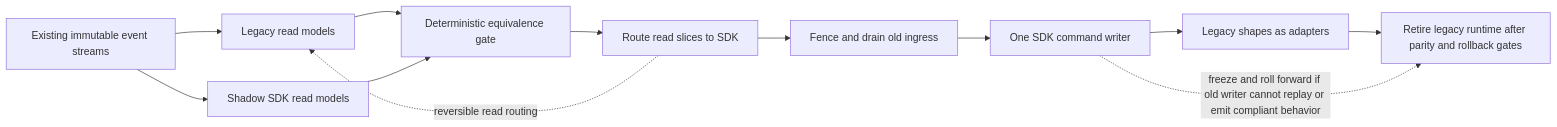
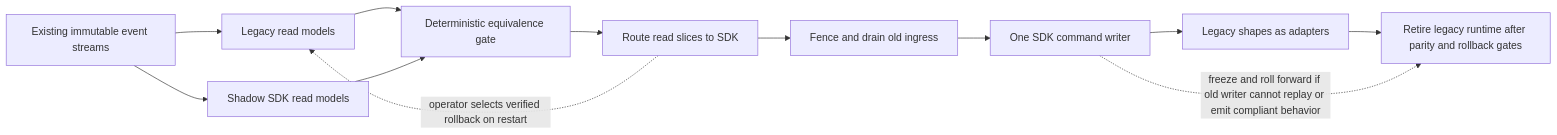
One commit to Hexalith/Hexalith.Projects changed the third of 4 diagrams in _bmad-output/planning-artifacts/architecture/architecture-projects-2026-07-15/ARCHITECTURE-SPINE.md. Above: the diagram before and after it, drawn with Mermaid. The commit also changed other lines of this file and 6 other files, not shown here.

Commit message:
docs(architecture): record exclusive Folder claims and validation findings

````diff
--- a/_bmad-output/planning-artifacts/architecture/architecture-projects-2026-07-15/ARCHITECTURE-SPINE.md
+++ b/_bmad-output/planning-artifacts/architecture/architecture-projects-2026-07-15/ARCHITECTURE-SPINE.md
@@ -232,14 +241,14 @@
 ```mermaid
 flowchart LR
     Events["Existing immutable event streams"] --> OldRead["Legacy read models"]
     Events --> Shadow["Shadow SDK read models"]
     OldRead --> Compare["Deterministic equivalence gate"]
     Shadow --> Compare
     Compare --> ReadCutover["Route read slices to SDK"]
     ReadCutover --> Fence["Fence and drain old ingress"]
     Fence --> Writer["One SDK command writer"]
     Writer --> Adapters["Legacy shapes as adapters"]
     Adapters --> Retirement["Retire legacy runtime after parity and rollback gates"]
-    ReadCutover -. reversible read routing .-> OldRead
+    ReadCutover -. operator selects verified rollback on restart .-> OldRead
     Writer -. freeze and roll forward if old writer cannot replay or emit compliant behavior .-> Retirement
 ```
````
